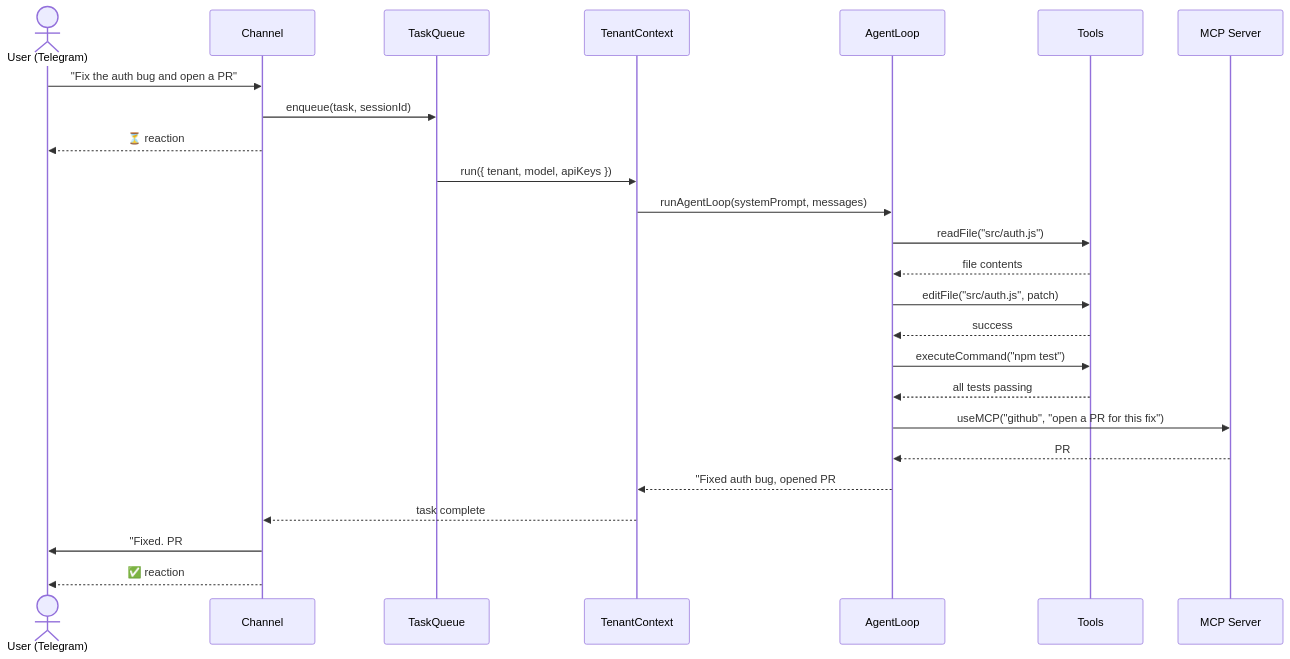
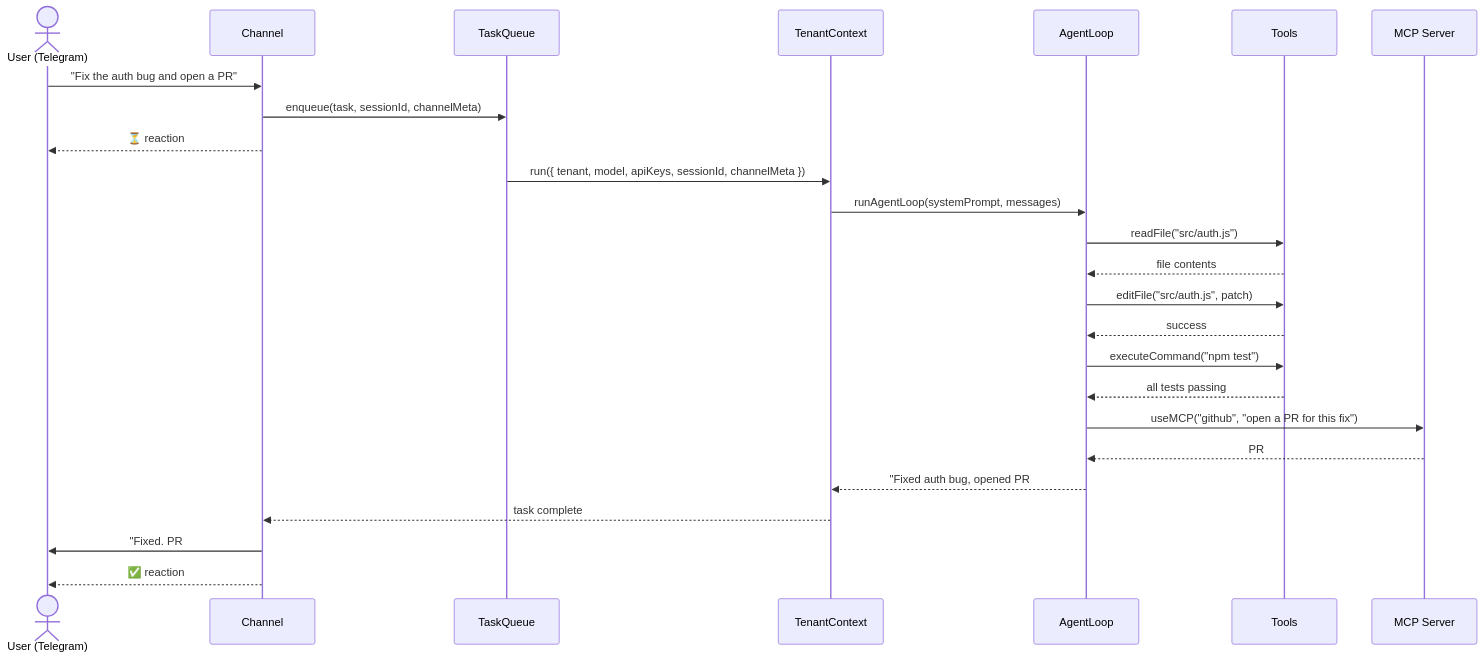
Before and after one commit to CodeAndCanvasLabs/Daemora: the first of 3 diagrams in README.md, drawn with Mermaid. The commit also changed other lines of this file, not shown here.

Commit message:
Update README — 51 tools, 20 channels, persistent sessions, data cleanup, architecture diagrams

````diff
--- a/README.md
+++ b/README.md
@@ -109,34 +111,34 @@
 ```mermaid
 sequenceDiagram
     actor User as User (Telegram)
     participant Ch as Channel
     participant TQ as TaskQueue
     participant TC as TenantContext
     participant AL as AgentLoop
     participant T  as Tools
     participant MC as MCP Server
 
     User->>Ch: "Fix the auth bug and open a PR"
-    Ch->>TQ: enqueue(task, sessionId)
+    Ch->>TQ: enqueue(task, sessionId, channelMeta)
     Ch-->>User: ⏳ reaction
 
-    TQ->>TC: run({ tenant, model, apiKeys })
+    TQ->>TC: run({ tenant, model, apiKeys, sessionId, channelMeta })
     TC->>AL: runAgentLoop(systemPrompt, messages)
 
     AL->>T: readFile("src/auth.js")
     T-->>AL: file contents
 
     AL->>T: editFile("src/auth.js", patch)
     T-->>AL: success
 
     AL->>T: executeCommand("npm test")
     T-->>AL: all tests passing
 
     AL->>MC: useMCP("github", "open a PR for this fix")
     MC-->>AL: PR #42 created
 
     AL-->>TC: "Fixed auth bug, opened PR #42"
     TC-->>Ch: task complete
     Ch->>User: "Fixed. PR #42 is open ✅"
     Ch-->>User: ✅ reaction
 ```
````
